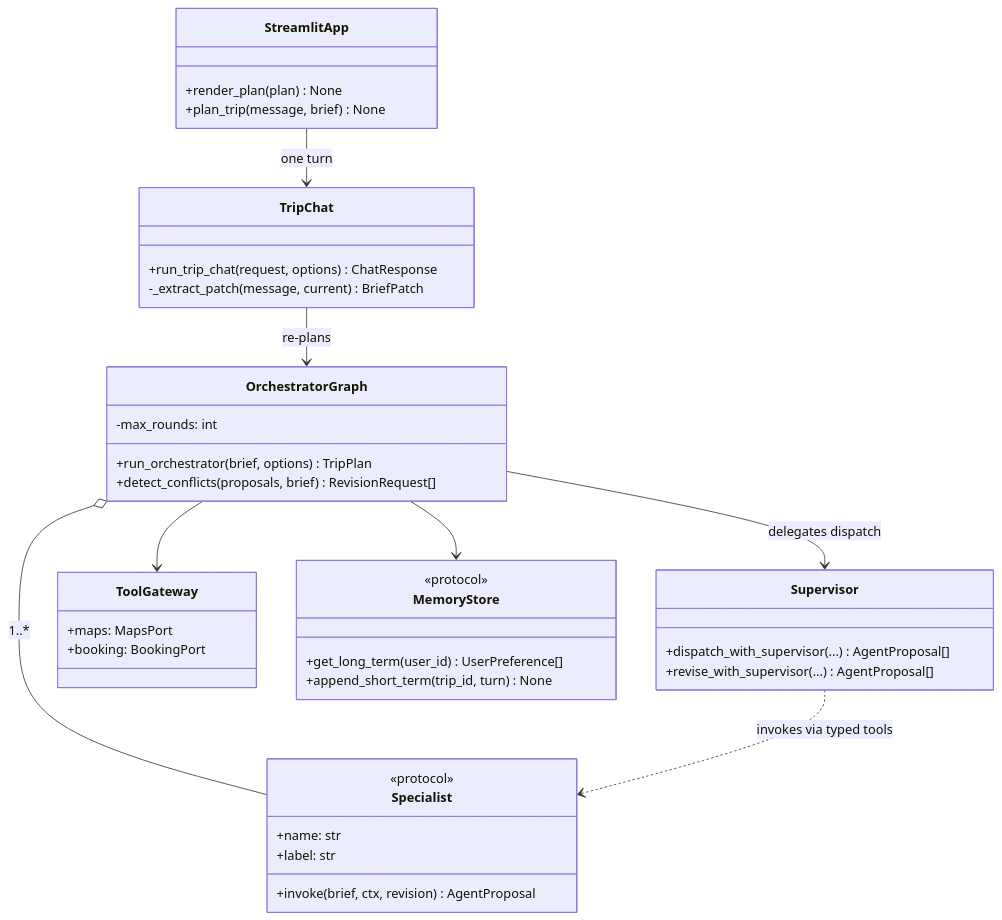
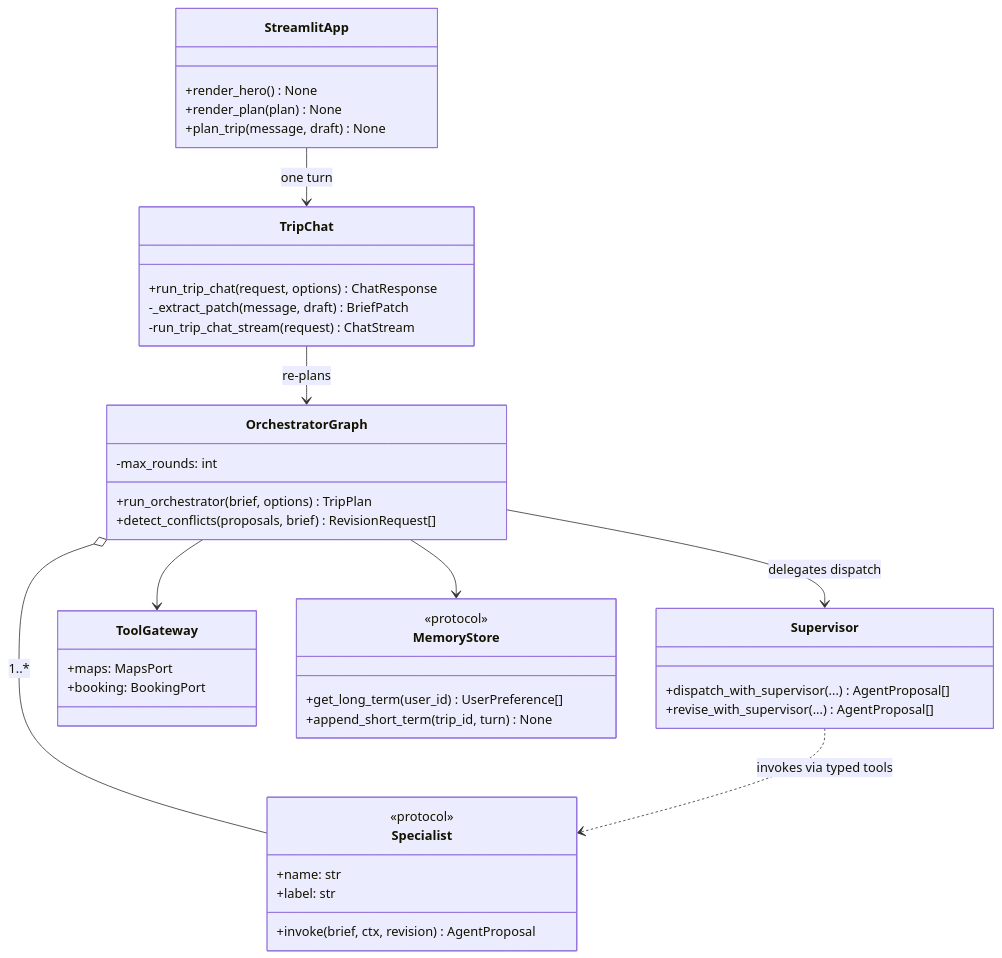
The first of 4 diagrams in docs/class-diagram.md (HeadmasterEggy/ai-trip-planner), drawn with Mermaid before and after one commit. The commit also changed 14 other files, not shown here.

````diff
--- a/docs/class-diagram.md
+++ b/docs/class-diagram.md
@@ -26,44 +26,46 @@
 ```mermaid
 classDiagram
   direction TB
   class StreamlitApp {
+    +render_hero() None
     +render_plan(plan) None
-    +plan_trip(message, brief) None
+    +plan_trip(message, draft) None
   }
   class TripChat {
     +run_trip_chat(request, options) ChatResponse
-    -_extract_patch(message, current) BriefPatch
+    -_extract_patch(message, draft) BriefPatch
+    -run_trip_chat_stream(request) ChatStream
   }
   class OrchestratorGraph {
     -max_rounds: int
     +run_orchestrator(brief, options) TripPlan
     +detect_conflicts(proposals, brief) RevisionRequest[]
   }
   class Supervisor {
     +dispatch_with_supervisor(...) AgentProposal[]
     +revise_with_supervisor(...) AgentProposal[]
   }
   class Specialist {
     <<protocol>>
     +name: str
     +label: str
     +invoke(brief, ctx, revision) AgentProposal
   }
   class ToolGateway {
     +maps: MapsPort
     +booking: BookingPort
   }
   class MemoryStore {
     <<protocol>>
     +get_long_term(user_id) UserPreference[]
     +append_short_term(trip_id, turn) None
   }
 
   StreamlitApp --> TripChat : one turn
   TripChat --> OrchestratorGraph : re-plans
   OrchestratorGraph --> Supervisor : delegates dispatch
   OrchestratorGraph o-- Specialist : 1..*
   Supervisor ..> Specialist : invokes via typed tools
   OrchestratorGraph --> ToolGateway
   OrchestratorGraph --> MemoryStore
 ```
````
